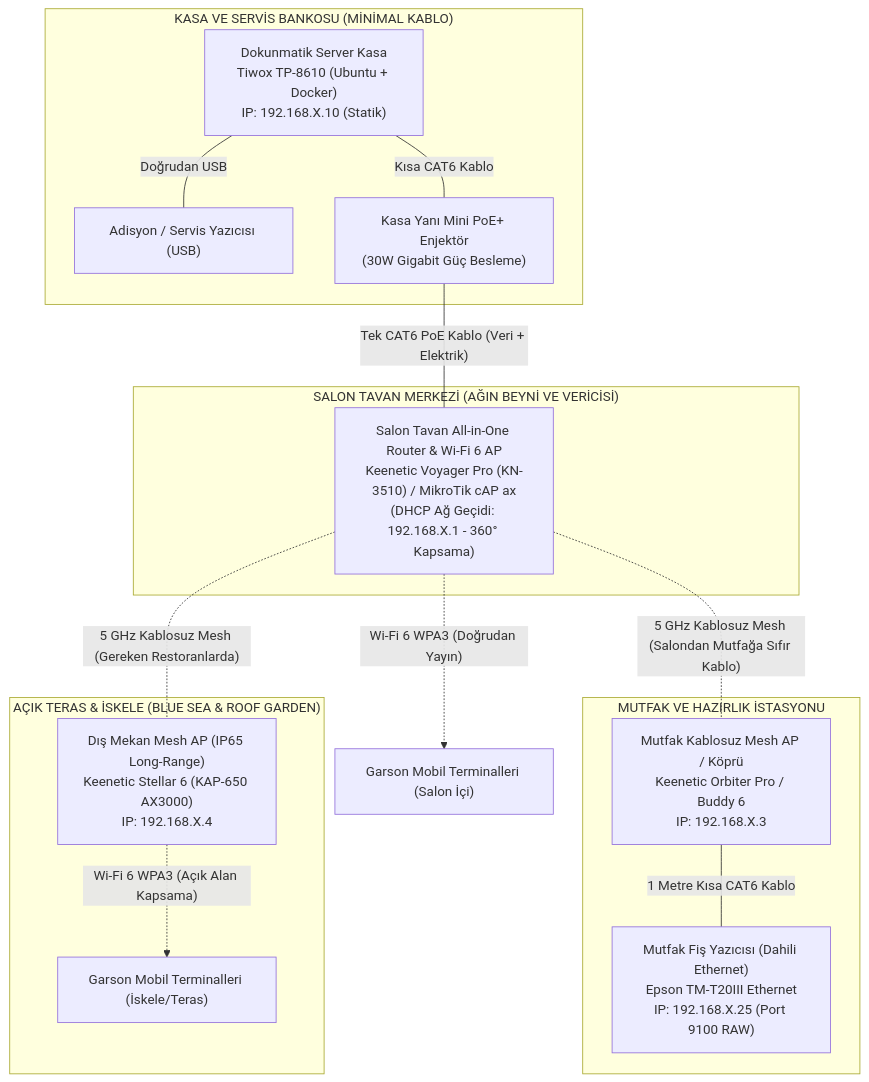
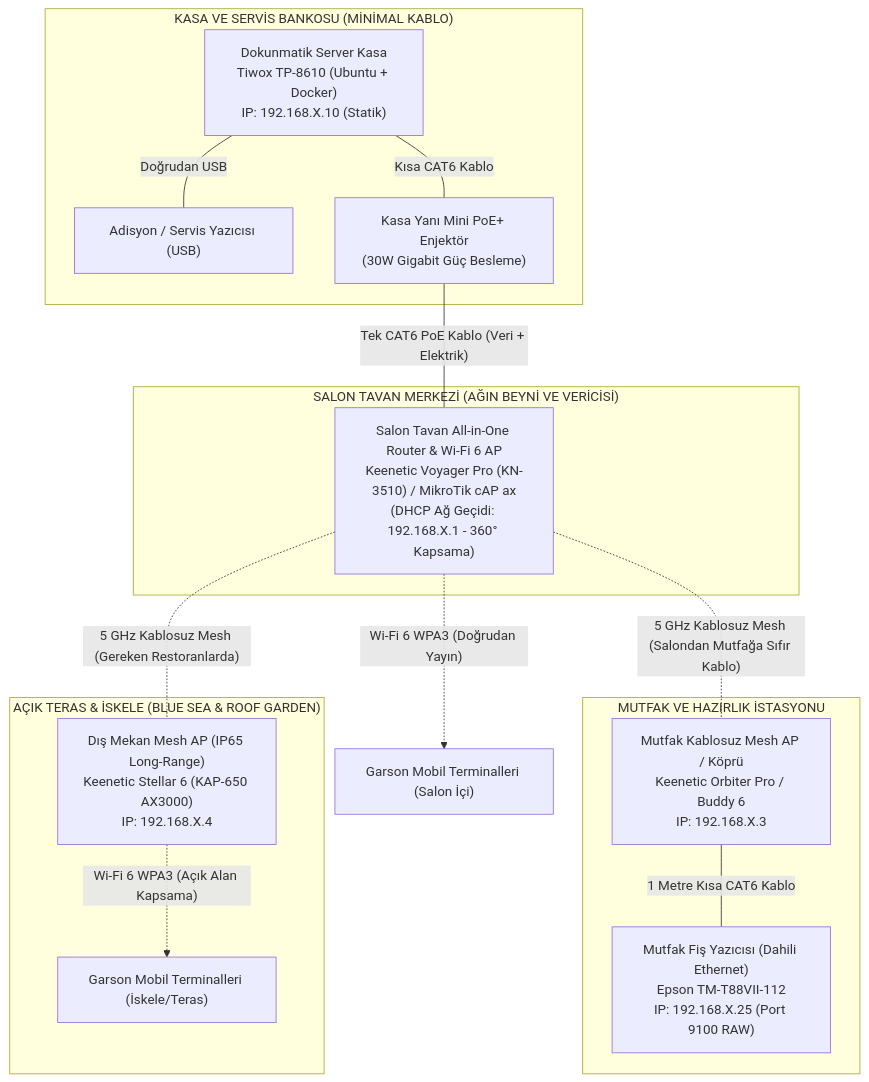
Before and after one commit to Optimus825482/alacart: the diagram in docs/ALACARTE_DONANIM_PAKET_PLANI.md, drawn with Mermaid. The commit also changed other lines of this file and 4 other files, not shown here.

Commit message:
docs: update kitchen printer model to Epson TM-T88VII-112 across all documents and types

````diff
--- a/docs/ALACARTE_DONANIM_PAKET_PLANI.md
+++ b/docs/ALACARTE_DONANIM_PAKET_PLANI.md
@@ -22,36 +22,36 @@
 ```mermaid
 flowchart TD
     subgraph KASA_BOLGESI["KASA VE SERVİS BANKOSU (MİNİMAL KABLO)"]
         Kasa["Dokunmatik Server Kasa<br/>Tiwox TP-8610 (Ubuntu + Docker)<br/>IP: 192.168.X.10 (Statik)"]
         Adisyon["Adisyon / Servis Yazıcısı (USB)"]
         PoE["Kasa Yanı Mini PoE+ Enjektör<br/>(30W Gigabit Güç Besleme)"]
     end
 
     subgraph SALON_TAVANI["SALON TAVAN MERKEZİ (AĞIN BEYNİ VE VERİCİSİ)"]
         TavanRouter["Salon Tavan All-in-One Router & Wi-Fi 6 AP<br/>Keenetic Voyager Pro (KN-3510) / MikroTik cAP ax<br/>(DHCP Ağ Geçidi: 192.168.X.1 - 360° Kapsama)"]
     end
 
     subgraph MUTFAK_BOLGESI["MUTFAK VE HAZIRLIK İSTASYONU"]
         MutfakAP["Mutfak Kablosuz Mesh AP / Köprü<br/>Keenetic Orbiter Pro / Buddy 6<br/>IP: 192.168.X.3"]
-        MutfakYazici["Mutfak Fiş Yazıcısı (Dahili Ethernet)<br/>Epson TM-T20III Ethernet<br/>IP: 192.168.X.25 (Port 9100 RAW)"]
+        MutfakYazici["Mutfak Fiş Yazıcısı (Dahili Ethernet)<br/>Epson TM-T88VII-112<br/>IP: 192.168.X.25 (Port 9100 RAW)"]
     end
 
     subgraph DIS_MEKAN_BOLGESI["AÇIK TERAS & İSKELE (BLUE SEA & ROOF GARDEN)"]
         OutdoorAP["Dış Mekan Mesh AP (IP65 Long-Range)<br/>Keenetic Stellar 6 (KAP-650 AX3000)<br/>IP: 192.168.X.4"]
         GarsonOutdoor["Garson Mobil Terminalleri (İskele/Teras)"]
     end
 
     GarsonSalon["Garson Mobil Terminalleri (Salon İçi)"]
 
     Kasa ---|"Doğrudan USB"| Adisyon
     Kasa ---|"Kısa CAT6 Kablo"| PoE
     PoE ---|"Tek CAT6 PoE Kablo (Veri + Elektrik)"| TavanRouter
 
     TavanRouter -.-|"5 GHz Kablosuz Mesh (Salondan Mutfağa Sıfır Kablo)"| MutfakAP
     MutfakAP ---|"1 Metre Kısa CAT6 Kablo"| MutfakYazici
 
     TavanRouter -.->|"Wi-Fi 6 WPA3 (Doğrudan Yayın)"| GarsonSalon
 
     TavanRouter -.-|"5 GHz Kablosuz Mesh (Gereken Restoranlarda)"| OutdoorAP
     OutdoorAP -.->|"Wi-Fi 6 WPA3 (Açık Alan Kapsama)"| GarsonOutdoor
 ```
````
